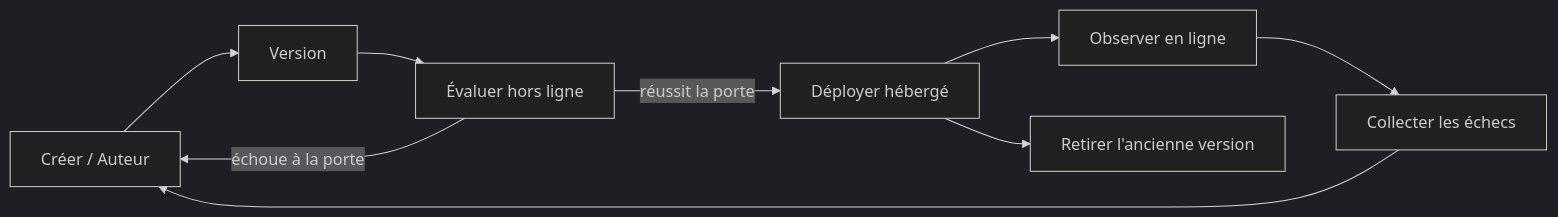
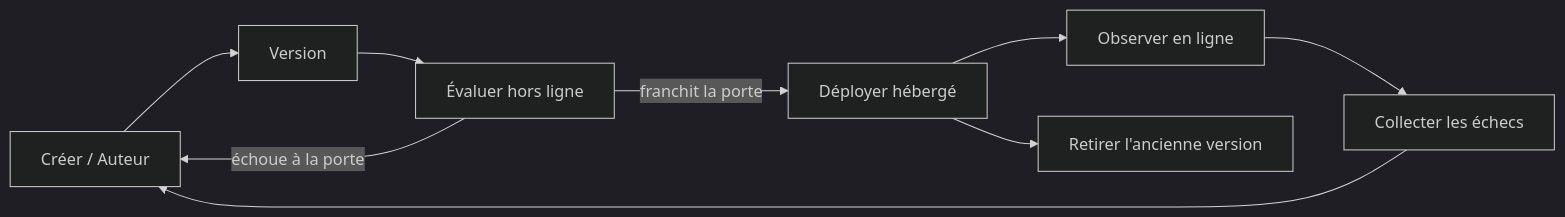
One commit to gabrielmoreira/agent-skills-mirror changed the second of 4 diagrams in mirrors/repos/microsoft@ai-agents-for-beginners/translations/fr/16-deploying-scalable-agents/README.md. Above: the diagram before and after it, drawn with Mermaid (dark theme). The commit also changed other lines of this file and 3581 other files, not shown here.

````diff
--- a/mirrors/repos/microsoft@ai-agents-for-beginners/translations/fr/16-deploying-scalable-agents/README.md
+++ b/mirrors/repos/microsoft@ai-agents-for-beginners/translations/fr/16-deploying-scalable-agents/README.md
@@ -108,11 +108,11 @@
 ```mermaid
 flowchart LR
     Create[Créer / Auteur] --> Version[Version]
     Version --> Evaluate[Évaluer hors ligne]
-    Evaluate -->|réussit la porte| Deploy[Déployer hébergé]
+    Evaluate -->|franchit la porte| Deploy[Déployer hébergé]
     Evaluate -->|échoue à la porte| Create
     Deploy --> Observe[Observer en ligne]
     Observe --> Improve[Collecter les échecs]
     Improve --> Create
     Deploy --> Retire[Retirer l'ancienne version]
 ```
````
